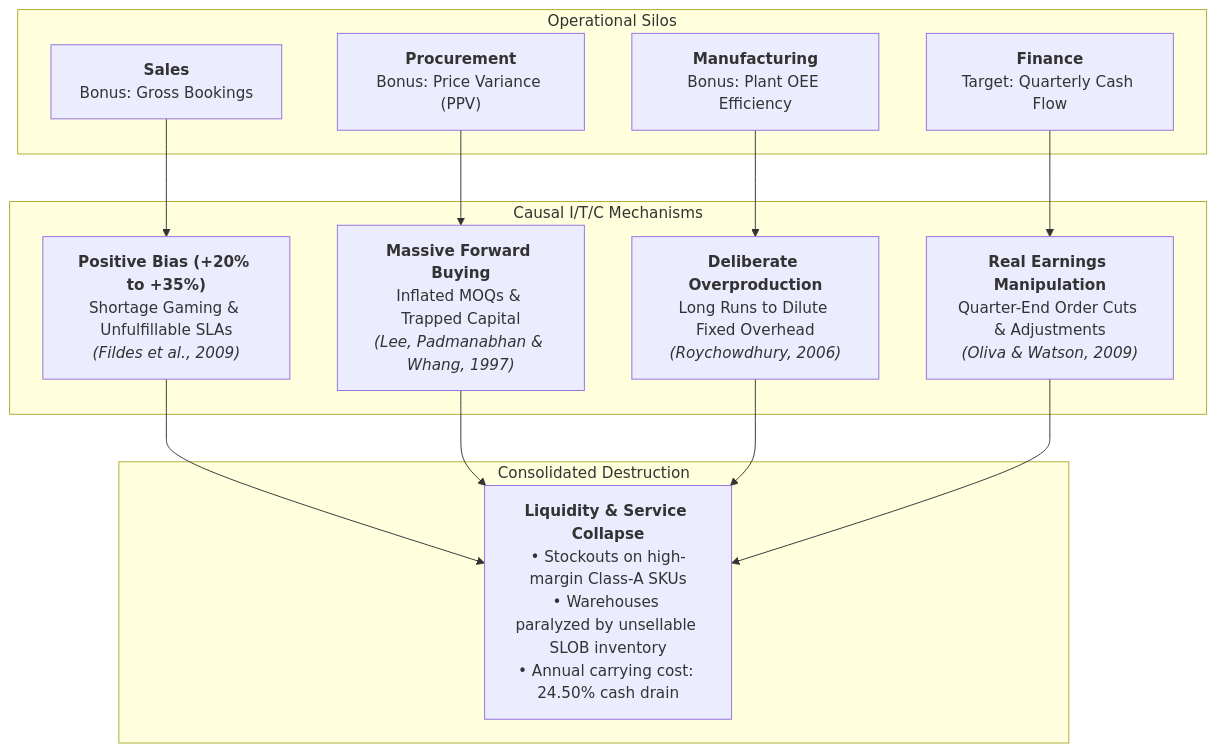
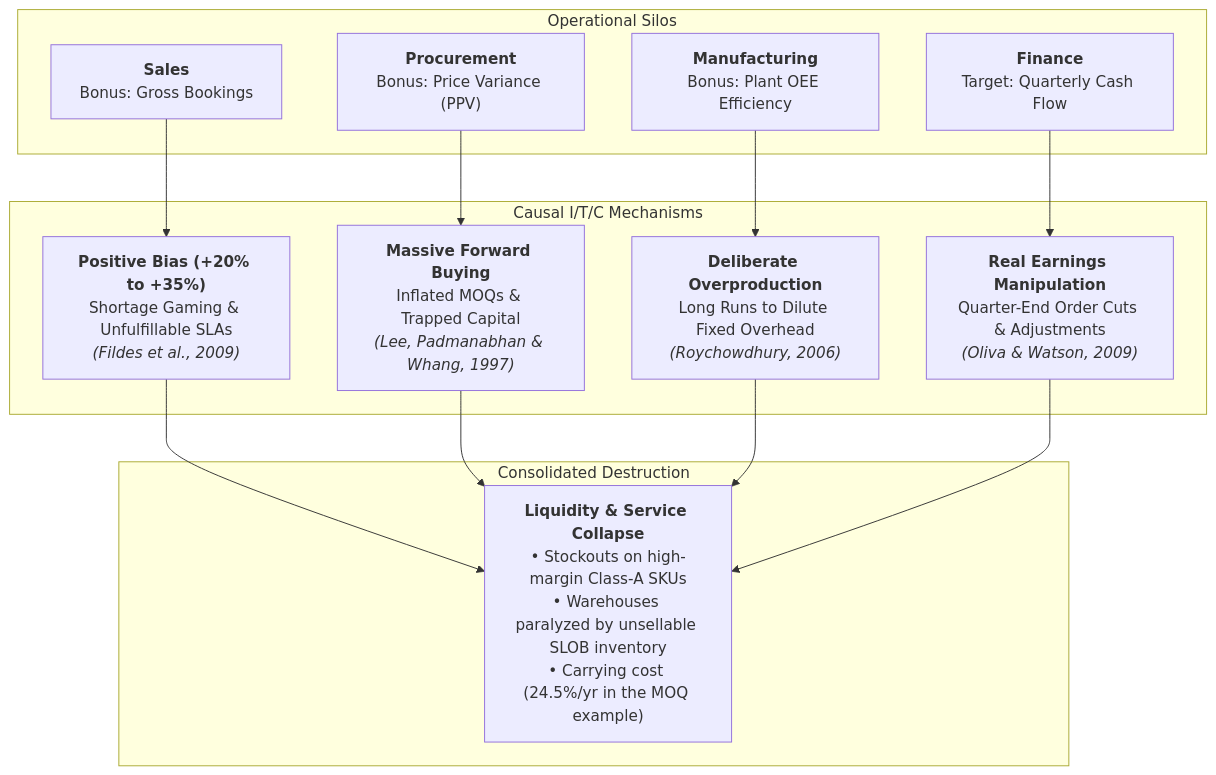
Before and after one commit to esstipi-debug/mellon: the third of 11 diagrams in DEPLOYMENT-STRATEGIST-WHITEPAPER-MASTER.md, drawn with Mermaid. The commit also changed other lines of this file and 3 other files, not shown here.

````diff
--- a/DEPLOYMENT-STRATEGIST-WHITEPAPER-MASTER.md
+++ b/DEPLOYMENT-STRATEGIST-WHITEPAPER-MASTER.md
@@ -100,25 +100,25 @@
 ```mermaid
 flowchart TD
     subgraph Silos["Operational Silos"]
         V["<b>Sales</b><br>Bonus: Gross Bookings"]
         C["<b>Procurement</b><br>Bonus: Price Variance (PPV)"]
         P["<b>Manufacturing</b><br>Bonus: Plant OEE Efficiency"]
         F["<b>Finance</b><br>Target: Quarterly Cash Flow"]
     end
 
     subgraph Distortions["Causal I/T/C Mechanisms"]
         D_V["<b>Positive Bias (+20% to +35%)</b><br>Shortage Gaming & Unfulfillable SLAs<br><i>(Fildes et al., 2009)</i>"]
         D_C["<b>Massive Forward Buying</b><br>Inflated MOQs & Trapped Capital<br><i>(Lee, Padmanabhan & Whang, 1997)</i>"]
         D_P["<b>Deliberate Overproduction</b><br>Long Runs to Dilute Fixed Overhead<br><i>(Roychowdhury, 2006)</i>"]
         D_F["<b>Real Earnings Manipulation</b><br>Quarter-End Order Cuts & Adjustments<br><i>(Oliva & Watson, 2009)</i>"]
     end
 
     subgraph Impact["Consolidated Destruction"]
-        LOST["<b>Liquidity & Service Collapse</b><br>• Stockouts on high-margin Class-A SKUs<br>• Warehouses paralyzed by unsellable SLOB inventory<br>• Annual carrying cost: 24.50% cash drain"]
+        LOST["<b>Liquidity & Service Collapse</b><br>• Stockouts on high-margin Class-A SKUs<br>• Warehouses paralyzed by unsellable SLOB inventory<br>• Carrying cost (24.5%/yr in the MOQ example)"]
     end
 
     V --> D_V --> LOST
     C --> D_C --> LOST
     P --> D_P --> LOST
     F --> D_F --> LOST
 ```
````
